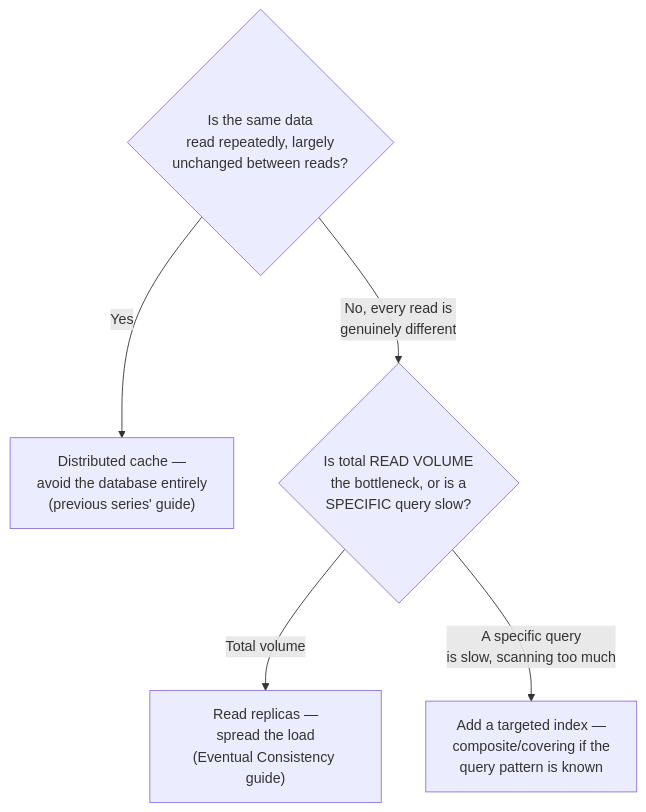
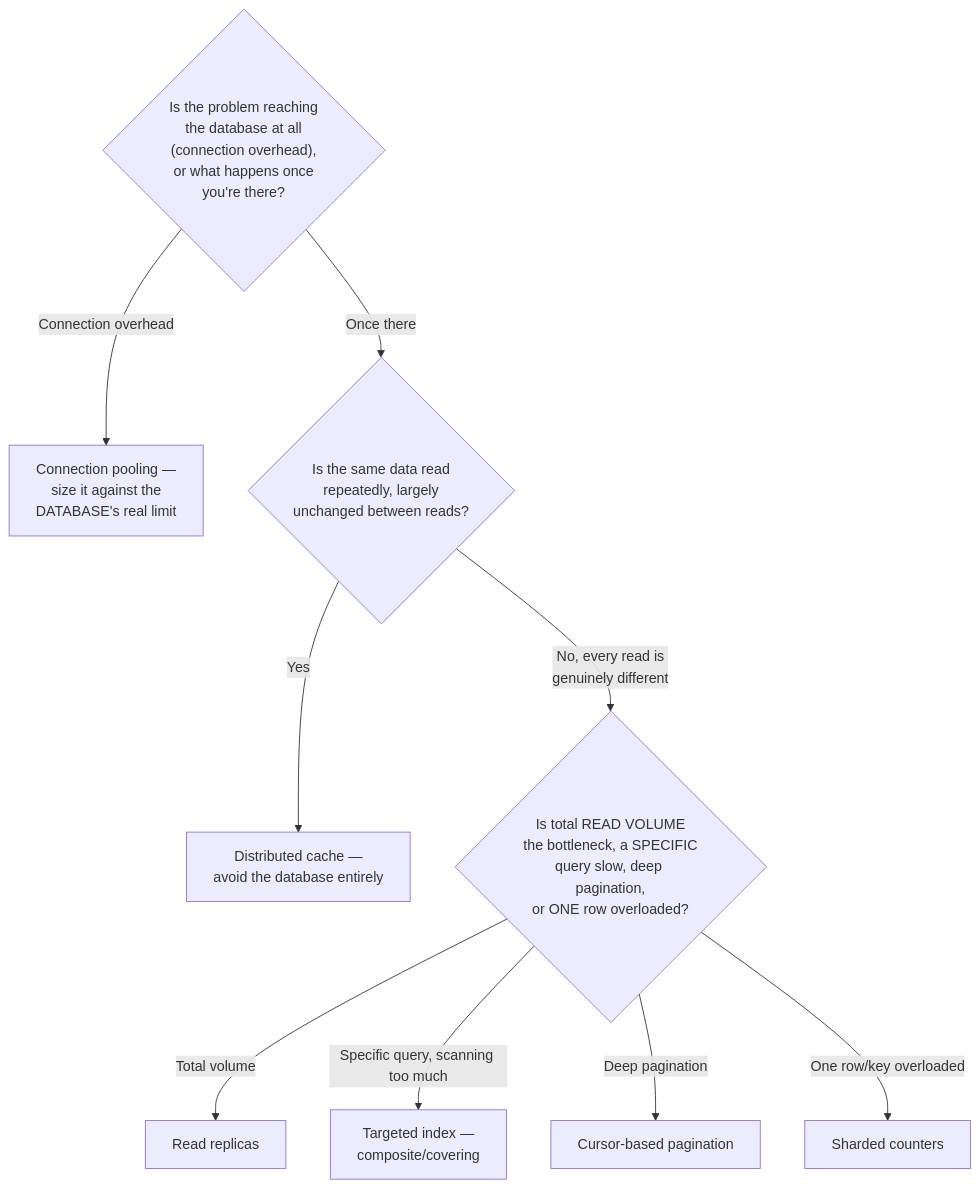
Diagram 14 of 15 in system-design/Fundamentals/ScalabilityAndPerformance/3_DatabaseOptimization.md (riyaz-pasha/Learnings), drawn with Mermaid before and after one commit. The commit also changed other lines of this file and 2 other files, not shown here.

First line of the commit message:
[System Design] Close interview-relevant gaps in Scalability series

````diff
--- a/system-design/Fundamentals/ScalabilityAndPerformance/3_DatabaseOptimization.md
+++ b/system-design/Fundamentals/ScalabilityAndPerformance/3_DatabaseOptimization.md
@@ -162,8 +257,12 @@
 ```mermaid
 flowchart TD
-    Q1{"Is the same data\nread repeatedly, largely\nunchanged between reads?"}
-    Q1 -->|"Yes"| Cache["Distributed cache —\navoid the database entirely\n(previous series' guide)"]
-    Q1 -->|"No, every read is\ngenuinely different"| Q2{"Is total READ VOLUME\nthe bottleneck, or is a\nSPECIFIC query slow?"}
-    Q2 -->|"Total volume"| Replica["Read replicas —\nspread the load\n(Eventual Consistency guide)"]
-    Q2 -->|"A specific query\nis slow, scanning too much"| Index["Add a targeted index —\ncomposite/covering if the\nquery pattern is known"]
+    Q1{"Is the problem reaching\nthe database at all\n(connection overhead),\nor what happens once\nyou're there?"}
+    Q1 -->|"Connection overhead"| Pool["Connection pooling —\nsize it against the\nDATABASE's real limit"]
+    Q1 -->|"Once there"| Q2{"Is the same data read\nrepeatedly, largely\nunchanged between reads?"}
+    Q2 -->|"Yes"| Cache["Distributed cache —\navoid the database entirely"]
+    Q2 -->|"No, every read is\ngenuinely different"| Q3{"Is total READ VOLUME\nthe bottleneck, a SPECIFIC\nquery slow, deep pagination,\nor ONE row overloaded?"}
+    Q3 -->|"Total volume"| Replica["Read replicas"]
+    Q3 -->|"Specific query, scanning too much"| Index["Targeted index —\ncomposite/covering"]
+    Q3 -->|"Deep pagination"| Cursor["Cursor-based pagination"]
+    Q3 -->|"One row/key overloaded"| Sharded["Sharded counters"]
 ```
````
